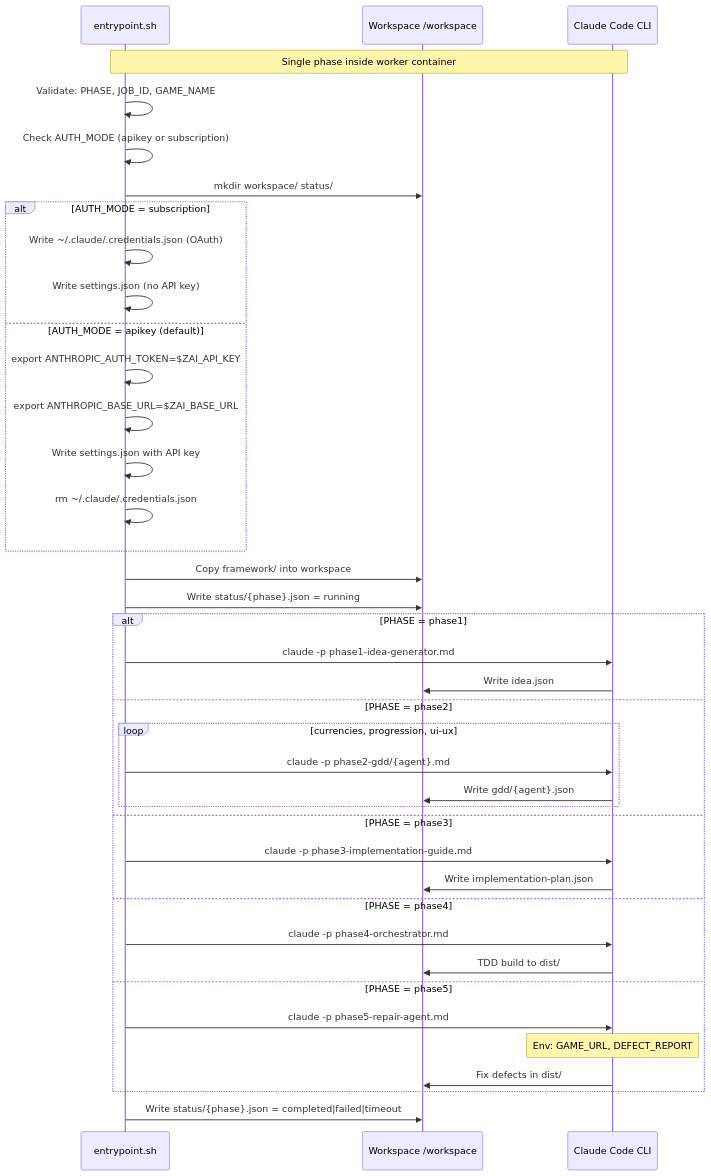
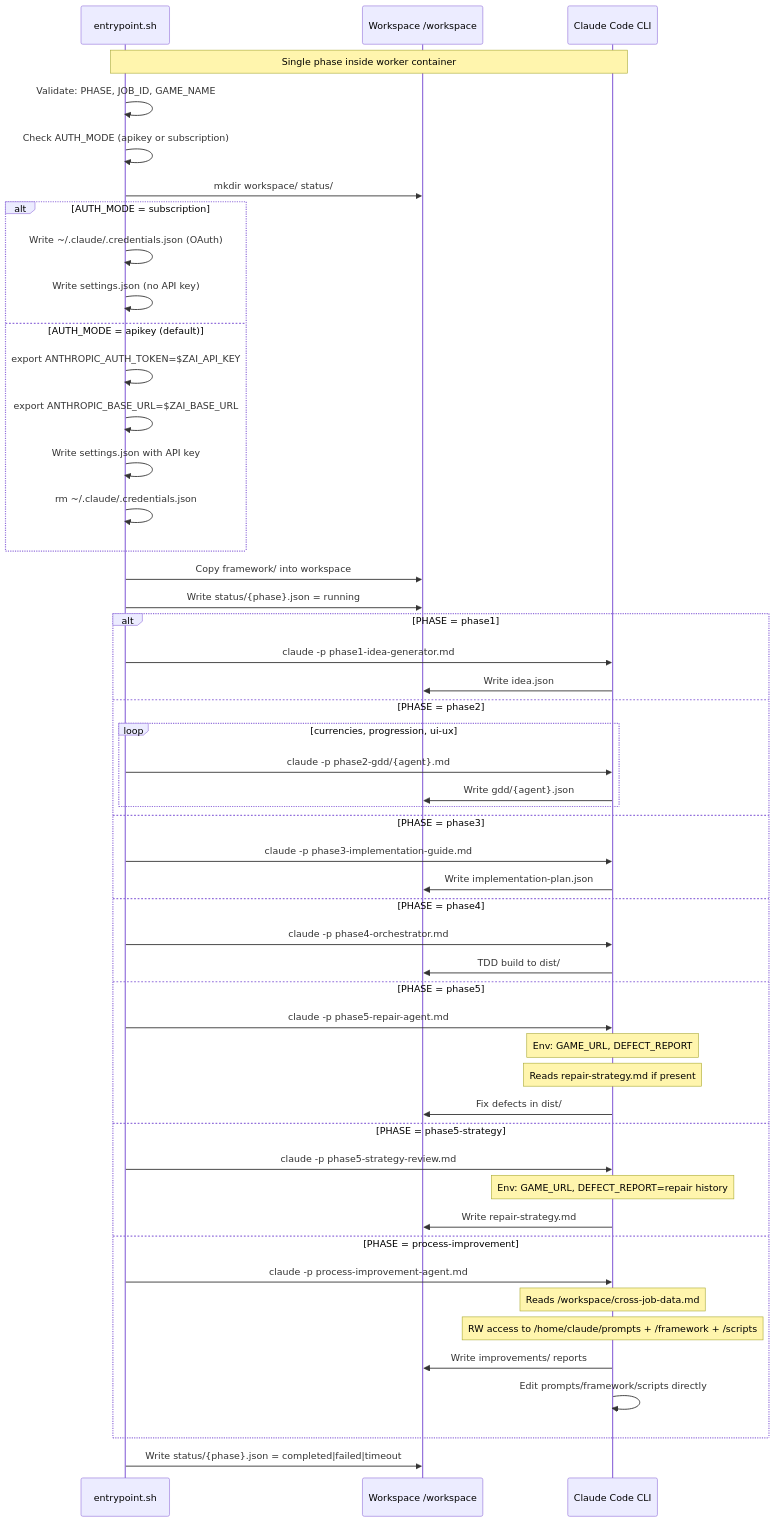
The sixth of 9 diagrams in AI/document/02-user-flows.md (J-Gierend/gamePocGen), drawn with Mermaid before and after one commit. The commit also changed other lines of this file and 5 other files, not shown here.

````diff
--- a/AI/document/02-user-flows.md
+++ b/AI/document/02-user-flows.md
@@ -213,46 +224,57 @@
 ```mermaid
 sequenceDiagram
     participant Entry as entrypoint.sh
     participant FS as Workspace /workspace
     participant Claude as Claude Code CLI
 
     Note over Entry,Claude: Single phase inside worker container
     Entry->>Entry: Validate: PHASE, JOB_ID, GAME_NAME
     Entry->>Entry: Check AUTH_MODE (apikey or subscription)
     Entry->>FS: mkdir workspace/ status/
 
     alt AUTH_MODE = subscription
         Entry->>Entry: Write ~/.claude/.credentials.json (OAuth)
         Entry->>Entry: Write settings.json (no API key)
     else AUTH_MODE = apikey (default)
         Entry->>Entry: export ANTHROPIC_AUTH_TOKEN=$ZAI_API_KEY
         Entry->>Entry: export ANTHROPIC_BASE_URL=$ZAI_BASE_URL
         Entry->>Entry: Write settings.json with API key
         Entry->>Entry: rm ~/.claude/.credentials.json
     end
 
     Entry->>FS: Copy framework/ into workspace
     Entry->>FS: Write status/{phase}.json = running
 
     alt PHASE = phase1
         Entry->>Claude: claude -p phase1-idea-generator.md
         Claude->>FS: Write idea.json
     else PHASE = phase2
         loop currencies, progression, ui-ux
             Entry->>Claude: claude -p phase2-gdd/{agent}.md
             Claude->>FS: Write gdd/{agent}.json
         end
     else PHASE = phase3
         Entry->>Claude: claude -p phase3-implementation-guide.md
         Claude->>FS: Write implementation-plan.json
     else PHASE = phase4
         Entry->>Claude: claude -p phase4-orchestrator.md
         Claude->>FS: TDD build to dist/
     else PHASE = phase5
         Entry->>Claude: claude -p phase5-repair-agent.md
         Note over Claude: Env: GAME_URL, DEFECT_REPORT
+        Note over Claude: Reads repair-strategy.md if present
         Claude->>FS: Fix defects in dist/
+    else PHASE = phase5-strategy
+        Entry->>Claude: claude -p phase5-strategy-review.md
+        Note over Claude: Env: GAME_URL, DEFECT_REPORT=repair history
+        Claude->>FS: Write repair-strategy.md
+    else PHASE = process-improvement
+        Entry->>Claude: claude -p process-improvement-agent.md
+        Note over Claude: Reads /workspace/cross-job-data.md
+        Note over Claude: RW access to /home/claude/prompts + /framework + /scripts
+        Claude->>FS: Write improvements/ reports
+        Claude->>Claude: Edit prompts/framework/scripts directly
     end
 
     Entry->>FS: Write status/{phase}.json = completed|failed|timeout
 ```
````
